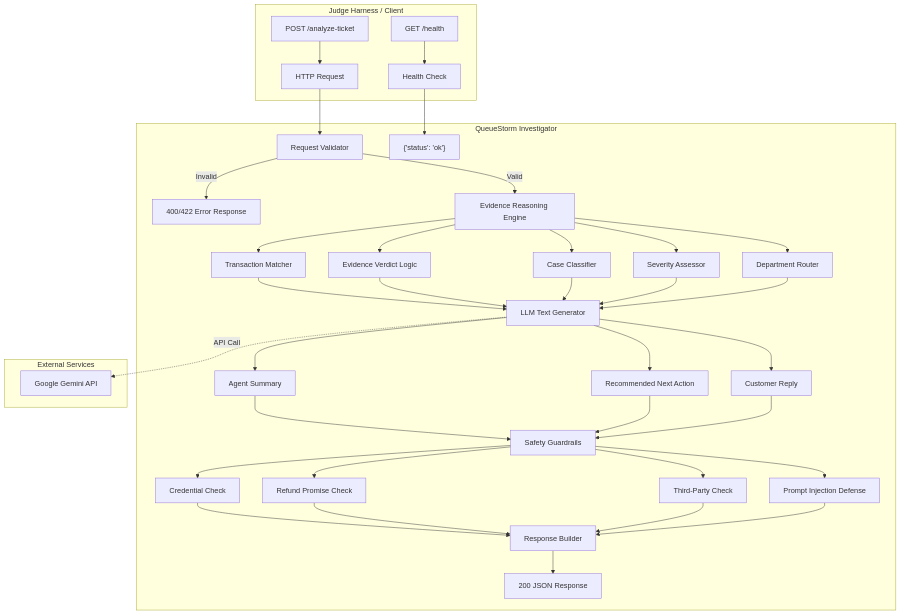
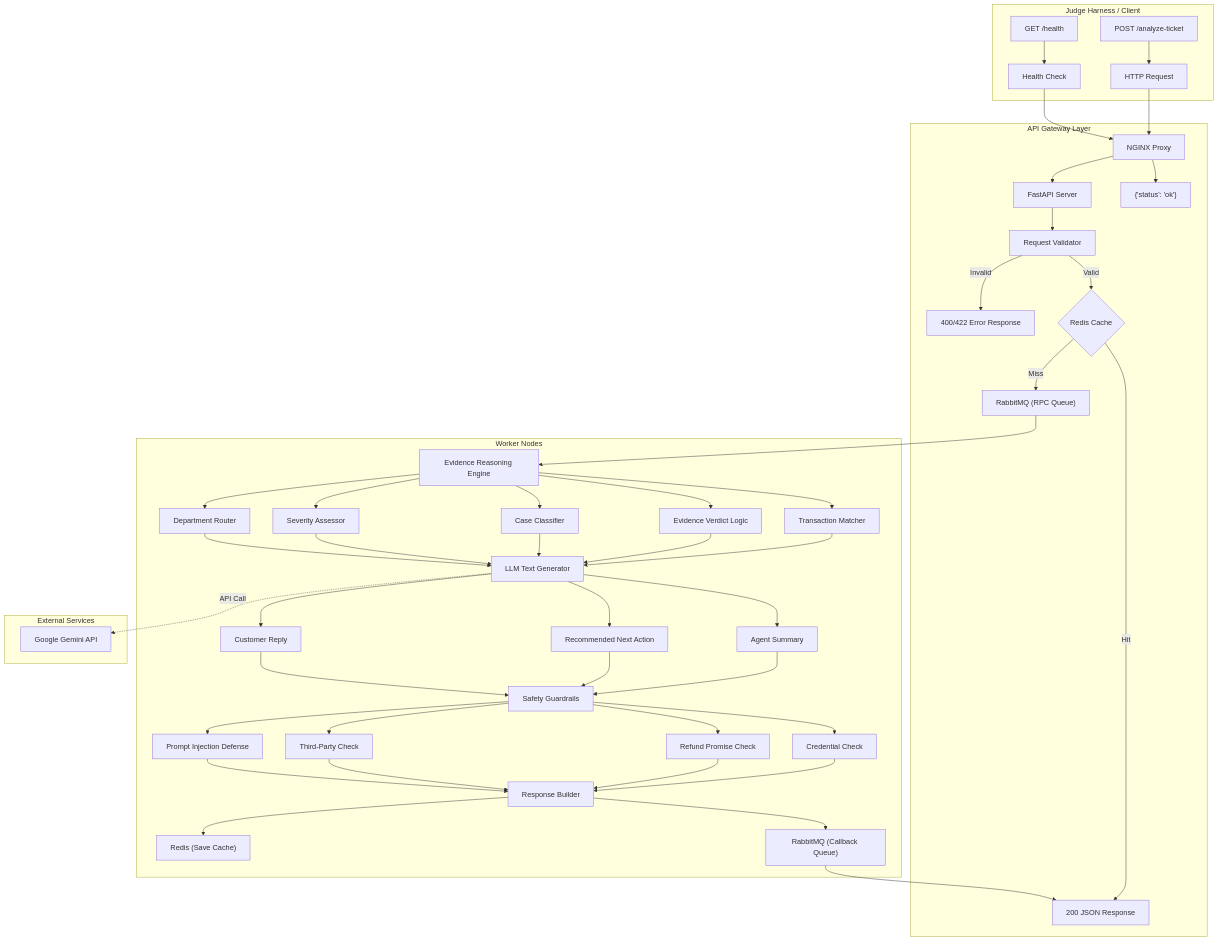
Before and after one commit to SinhaWiz/Sust-Hack-Mythos: the diagram in HLD.md, drawn with Mermaid. The commit also changed other lines of this file, not shown here.

````diff
--- a/HLD.md
+++ b/HLD.md
@@ -100,39 +96,52 @@
 ```mermaid
 flowchart TD
     subgraph Client["Judge Harness / Client"]
         A["POST /analyze-ticket"] --> B["HTTP Request"]
         H["GET /health"] --> I["Health Check"]
     end
 
-    subgraph Service["QueueStorm Investigator"]
-        B --> C["Request Validator"]
-        C -->|"Invalid"| D["400/422 Error Response"]
-        C -->|"Valid"| E["Evidence Reasoning Engine"]
+    subgraph Gateway["API Gateway Layer"]
+        B --> N["NGINX Proxy"]
+        N --> C["FastAPI Server"]
+        I --> N
+        N --> L["{'status': 'ok'}"]
+        
+        C --> C1["Request Validator"]
+        C1 -->|"Invalid"| D["400/422 Error Response"]
+        
+        C1 -->|"Valid"| R1{"Redis Cache"}
+        R1 -->|"Hit"| K["200 JSON Response (Cached)"]
+        R1 -->|"Miss"| RMQ1["RabbitMQ (RPC Queue)"]
+    end
+
+    subgraph Workers["Worker Nodes"]
+        RMQ1 --> E["Evidence Reasoning Engine"]
         
         E --> E1["Transaction Matcher"]
         E --> E2["Evidence Verdict Logic"]
         E --> E3["Case Classifier"]
         E --> E4["Severity Assessor"]
         E --> E5["Department Router"]
         
         E1 & E2 & E3 & E4 & E5 --> F["LLM Text Generator"]
         F --> F1["Agent Summary"]
         F --> F2["Recommended Next Action"]
         F --> F3["Customer Reply"]
         
         F1 & F2 & F3 --> G["Safety Guardrails"]
         G --> G1["Credential Check"]
         G --> G2["Refund Promise Check"]
         G --> G3["Third-Party Check"]
         G --> G4["Prompt Injection Defense"]
         
         G1 & G2 & G3 & G4 --> J["Response Builder"]
-        J --> K["200 JSON Response"]
-        
-        I --> L["{'status': 'ok'}"]
+        J --> R2["Redis (Save Cache)"]
+        J --> RMQ2["RabbitMQ (Callback Queue)"]
     end
+
+    RMQ2 --> K["200 JSON Response"]
 
     subgraph External["External Services"]
         F -.->|"API Call"| M["Google Gemini API"]
     end
 ```
````
